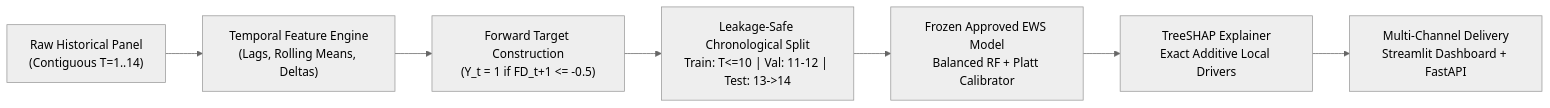
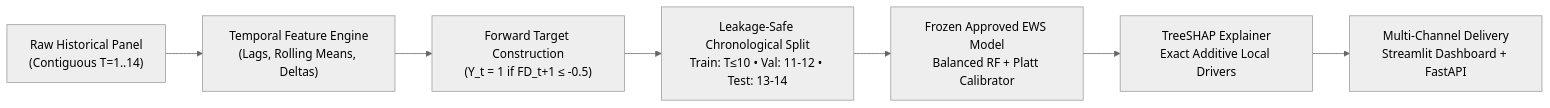
Before and after one commit to PrajwalGN1/-Explainable-Multi-Source-Financial-Distress-Early-Warning-Risk-Intelligence-System: the diagram in docs/PROJECT_PRESENTATION.md, drawn with Mermaid (neutral theme). The commit also changed 2 other files, not shown here.

Commit message:
docs: sanitize Mermaid diagrams for 100% GitHub Markdown compatibility

````diff
--- a/docs/PROJECT_PRESENTATION.md
+++ b/docs/PROJECT_PRESENTATION.md
@@ -43,9 +43,9 @@
 ```mermaid
 flowchart LR
     A["Raw Historical Panel<br/>(Contiguous T=1..14)"] --> B["Temporal Feature Engine<br/>(Lags, Rolling Means, Deltas)"]
-    B --> C["Forward Target Construction<br/>(Y_t = 1 if FD_t+1 <= -0.5)"]
-    C --> D["Leakage-Safe Chronological Split<br/>Train: T<=10 | Val: 11-12 | Test: 13->14"]
+    B --> C["Forward Target Construction<br/>(Y_t = 1 if FD_t+1 &le; -0.5)"]
+    C --> D["Leakage-Safe Chronological Split<br/>Train: T&le;10 • Val: 11-12 • Test: 13-14"]
     D --> E["Frozen Approved EWS Model<br/>Balanced RF + Platt Calibrator"]
     E --> F["TreeSHAP Explainer<br/>Exact Additive Local Drivers"]
     F --> G["Multi-Channel Delivery<br/>Streamlit Dashboard + FastAPI"]
 ```
````
